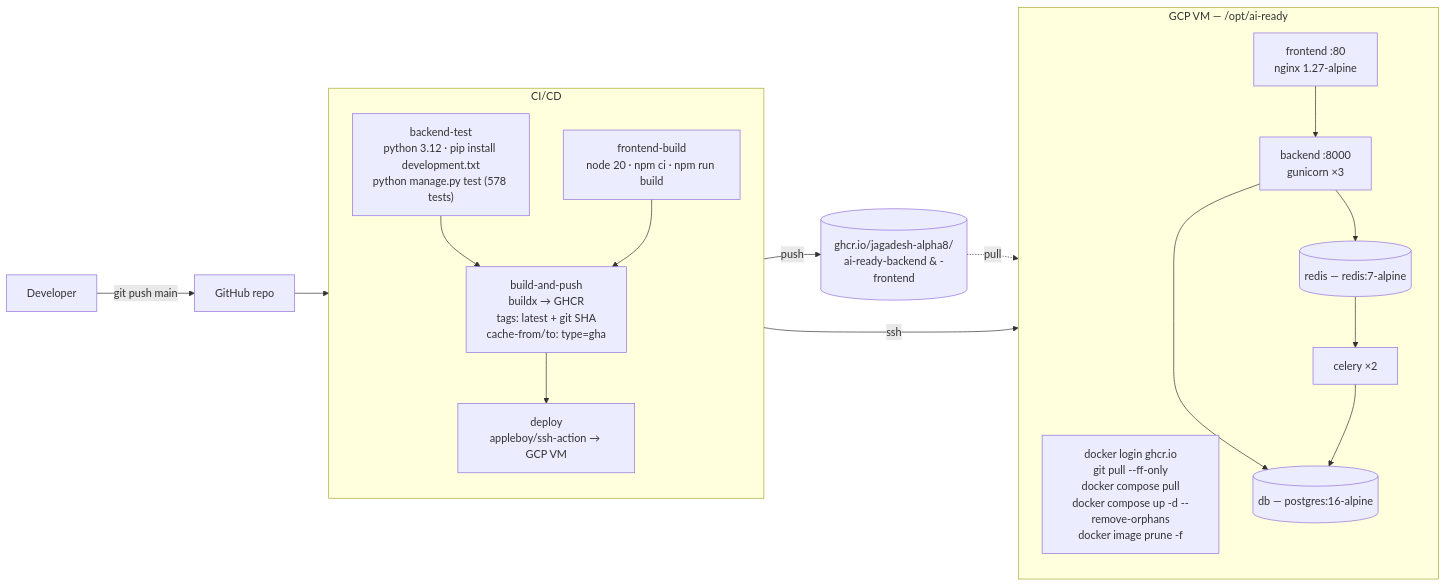
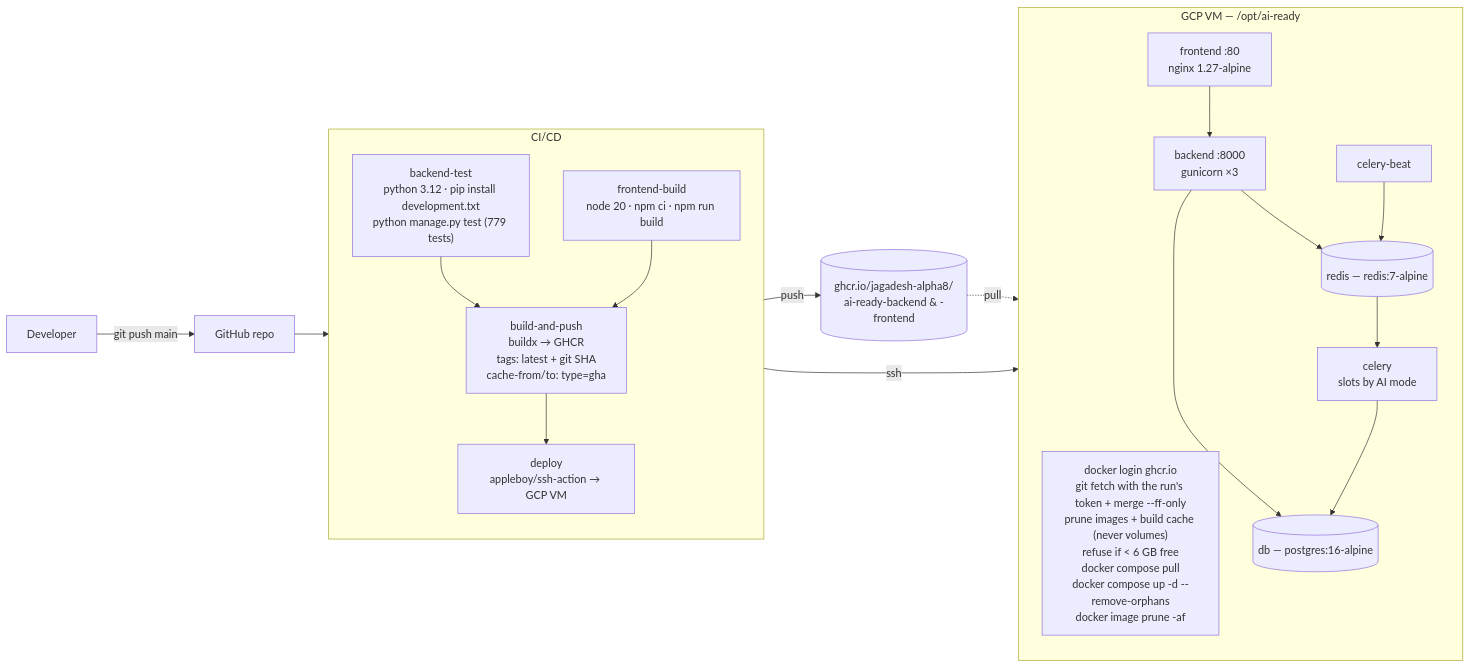
One commit to jagadesh-alpha8/AI-READY changed diagram 19 of 21 in PROJECT_WORKFLOW_AND_TECHNICAL_REPORT.md. Above: the diagram before and after it, drawn with Mermaid. The commit also changed other lines of this file, not shown here.

````diff
--- a/PROJECT_WORKFLOW_AND_TECHNICAL_REPORT.md
+++ b/PROJECT_WORKFLOW_AND_TECHNICAL_REPORT.md
@@ -2693,36 +3269,38 @@
 ```mermaid
 flowchart LR
     DEV["Developer"] -->|"git push main"| GH["GitHub repo"]
     GH --> CI["GitHub Actions — .github/workflows/ci-cd.yml"]
 
     subgraph CI["CI/CD"]
         direction TB
-        T1["backend-test<br/>python 3.12 · pip install development.txt<br/>python manage.py test (578 tests)"]
+        T1["backend-test<br/>python 3.12 · pip install development.txt<br/>python manage.py test (779 tests)"]
         T2["frontend-build<br/>node 20 · npm ci · npm run build"]
         T3["build-and-push<br/>buildx → GHCR<br/>tags: latest + git SHA<br/>cache-from/to: type=gha"]
         T4["deploy<br/>appleboy/ssh-action → GCP VM"]
         T1 --> T3
         T2 --> T3
         T3 --> T4
     end
 
     T3 -->|"push"| GHCR[("ghcr.io/jagadesh-alpha8/<br/>ai-ready-backend & -frontend")]
     T4 -->|"ssh"| VM
 
     subgraph VM["GCP VM — /opt/ai-ready"]
         direction TB
-        CMD["docker login ghcr.io<br/>git pull --ff-only<br/>docker compose pull<br/>docker compose up -d --remove-orphans<br/>docker image prune -f"]
+        CMD["docker login ghcr.io<br/>git fetch with the run's token + merge --ff-only<br/>prune images + build cache (never volumes)<br/>refuse if < 6 GB free<br/>docker compose pull<br/>docker compose up -d --remove-orphans<br/>docker image prune -af"]
         NGX["frontend :80<br/>nginx 1.27-alpine"]
         BE["backend :8000<br/>gunicorn ×3"]
-        CEL["celery ×2"]
+        CEL["celery<br/>slots by AI mode"]
+        BT["celery-beat"]
         PG[("db — postgres:16-alpine")]
         RD[("redis — redis:7-alpine")]
     end
 
     GHCR -.->|"pull"| VM
     NGX --> BE
     BE --> PG
     BE --> RD
     RD --> CEL
+    BT --> RD
     CEL --> PG
 ```
````
